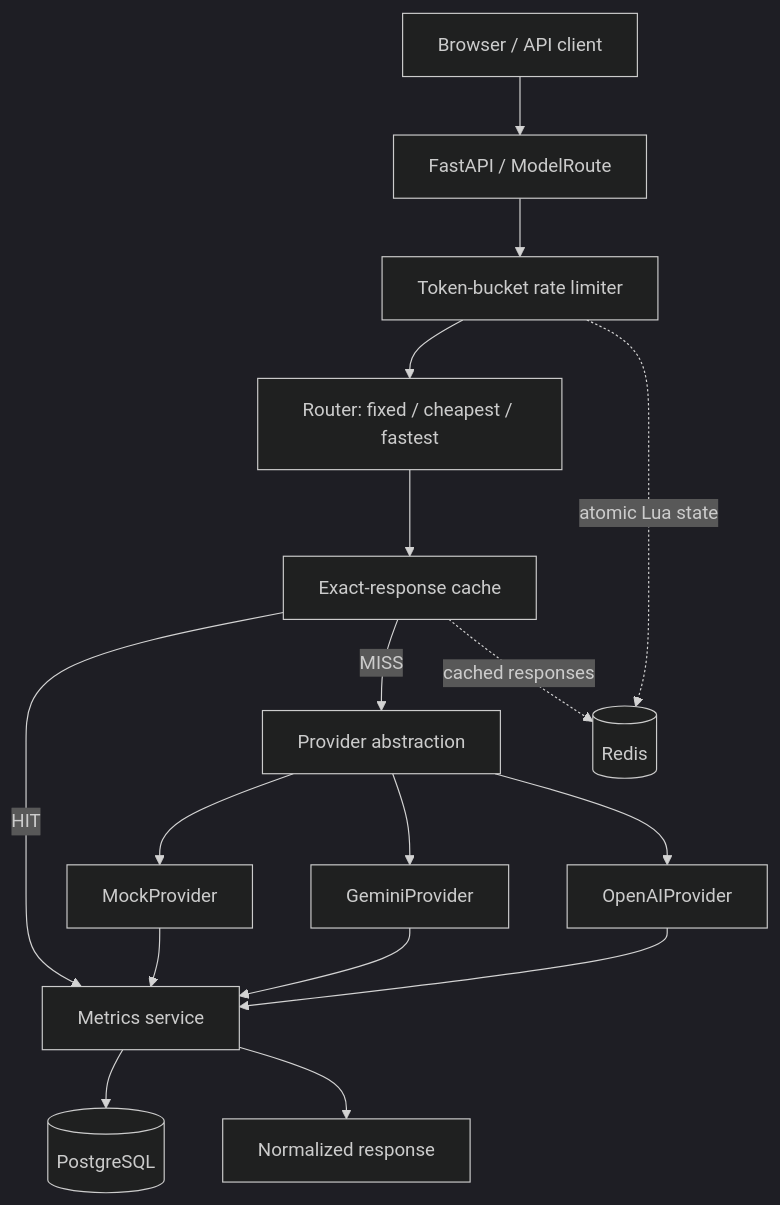
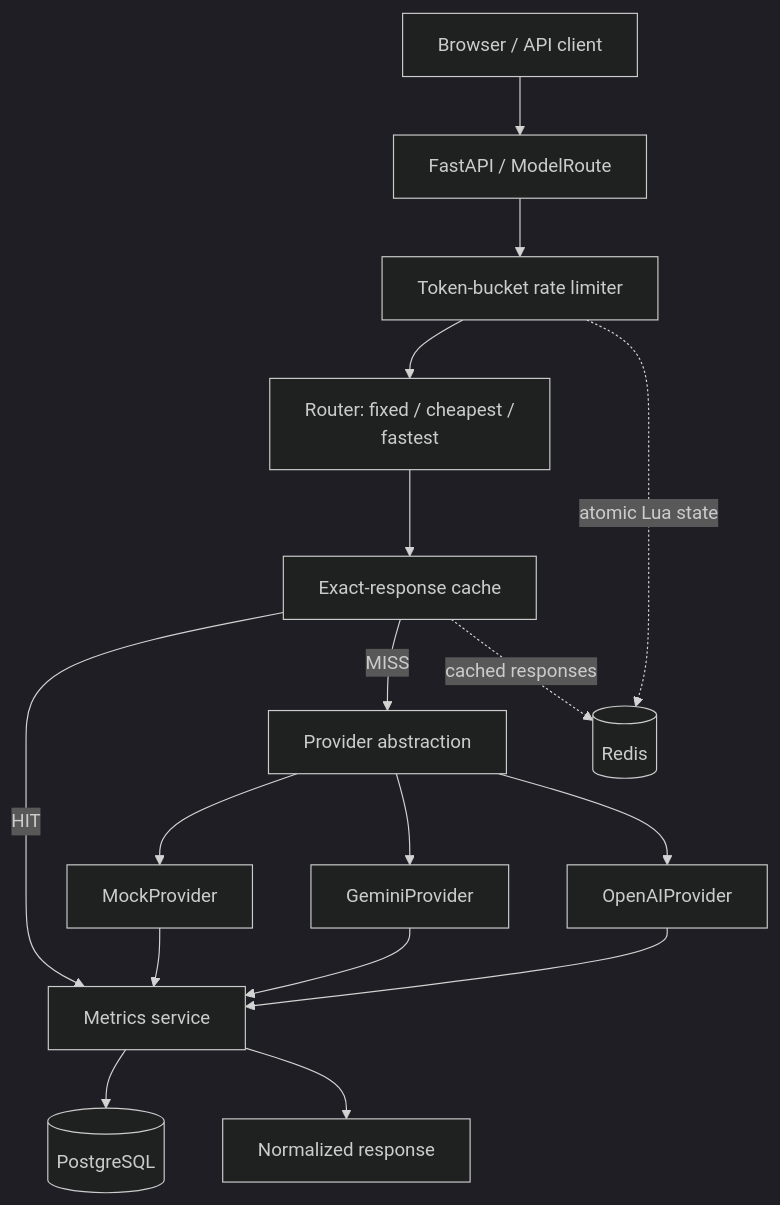
The diagram in README.md (ayushgoel001/ModelRoute), drawn with Mermaid (dark theme) before and after one commit.

Commit message:
Fix clipped router label in architecture diagram

````diff
--- a/README.md
+++ b/README.md
@@ -35,19 +35,19 @@
 ```mermaid
 flowchart TD
     Client[Browser / API client] --> API[FastAPI / ModelRoute]
     API --> Limiter[Token-bucket rate limiter]
-    Limiter --> Router[Router: fixed / cheapest / fastest]
+    Limiter --> Router["Router: fixed / cheapest /<br/>fastest"]
     Router --> Cache[Exact-response cache]
     Cache -->|HIT| Metrics[Metrics service]
     Cache -->|MISS| Providers[Provider abstraction]
     Providers --> Mock[MockProvider]
     Providers --> Gemini[GeminiProvider]
     Providers --> OpenAI[OpenAIProvider]
     Mock --> Metrics
     Gemini --> Metrics
     OpenAI --> Metrics
     Metrics --> PostgreSQL[(PostgreSQL)]
     Metrics --> Response[Normalized response]
     Limiter -. atomic Lua state .-> Redis[(Redis)]
     Cache -. cached responses .-> Redis
 ```
````
